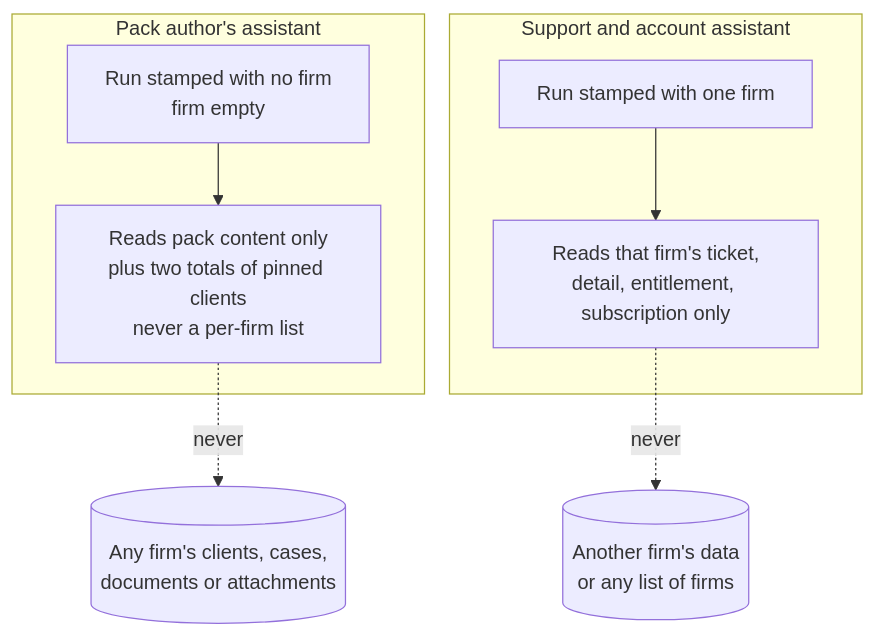
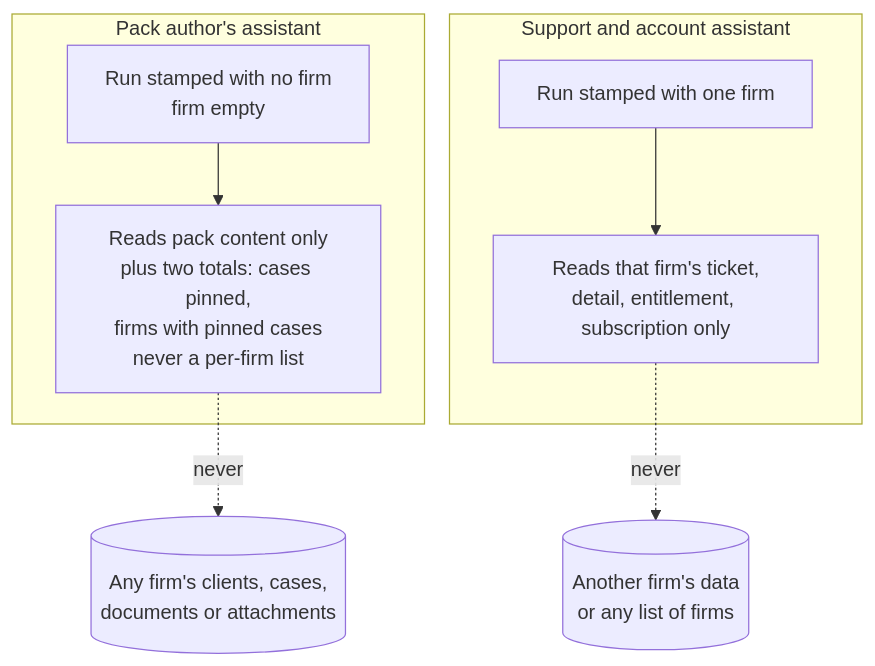
One commit to ranjan-expatready/xpatready changed the second of 4 diagrams in ai-workers/requirements/AW-02-platform-ai-assistants_v0.1.md. Above: the diagram before and after it, drawn with Mermaid. The commit also changed other lines of this file and 6 other files, not shown here.

````diff
--- a/ai-workers/requirements/AW-02-platform-ai-assistants_v0.1.md
+++ b/ai-workers/requirements/AW-02-platform-ai-assistants_v0.1.md
@@ -114,11 +122,11 @@
 ```mermaid
 flowchart TB
     subgraph PACK[Pack author's assistant]
-      PR[Run stamped with no firm<br/>firm empty] --> PD[Reads pack content only<br/>plus two totals of pinned clients<br/>never a per-firm list]
+      PR[Run stamped with no firm<br/>firm empty] --> PD[Reads pack content only<br/>plus two totals: cases pinned,<br/>firms with pinned cases<br/>never a per-firm list]
     end
     subgraph SUP[Support and account assistant]
       SR[Run stamped with one firm] --> SD[Reads that firm's ticket,<br/>detail, entitlement, subscription only]
     end
     PD -.->|never| F[(Any firm's clients, cases,<br/>documents or attachments)]
     SD -.->|never| O[(Another firm's data<br/>or any list of firms)]
 ```
````
